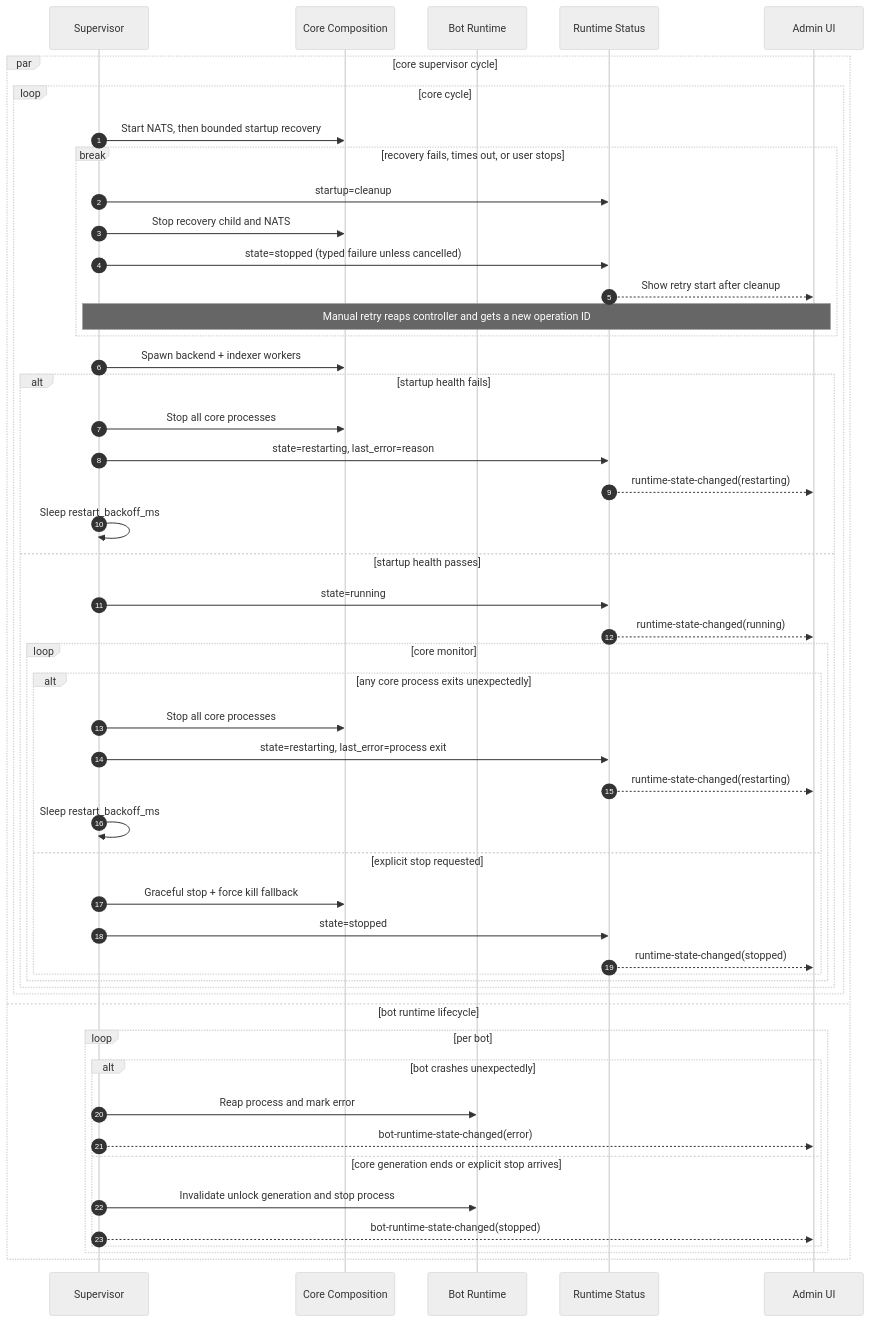
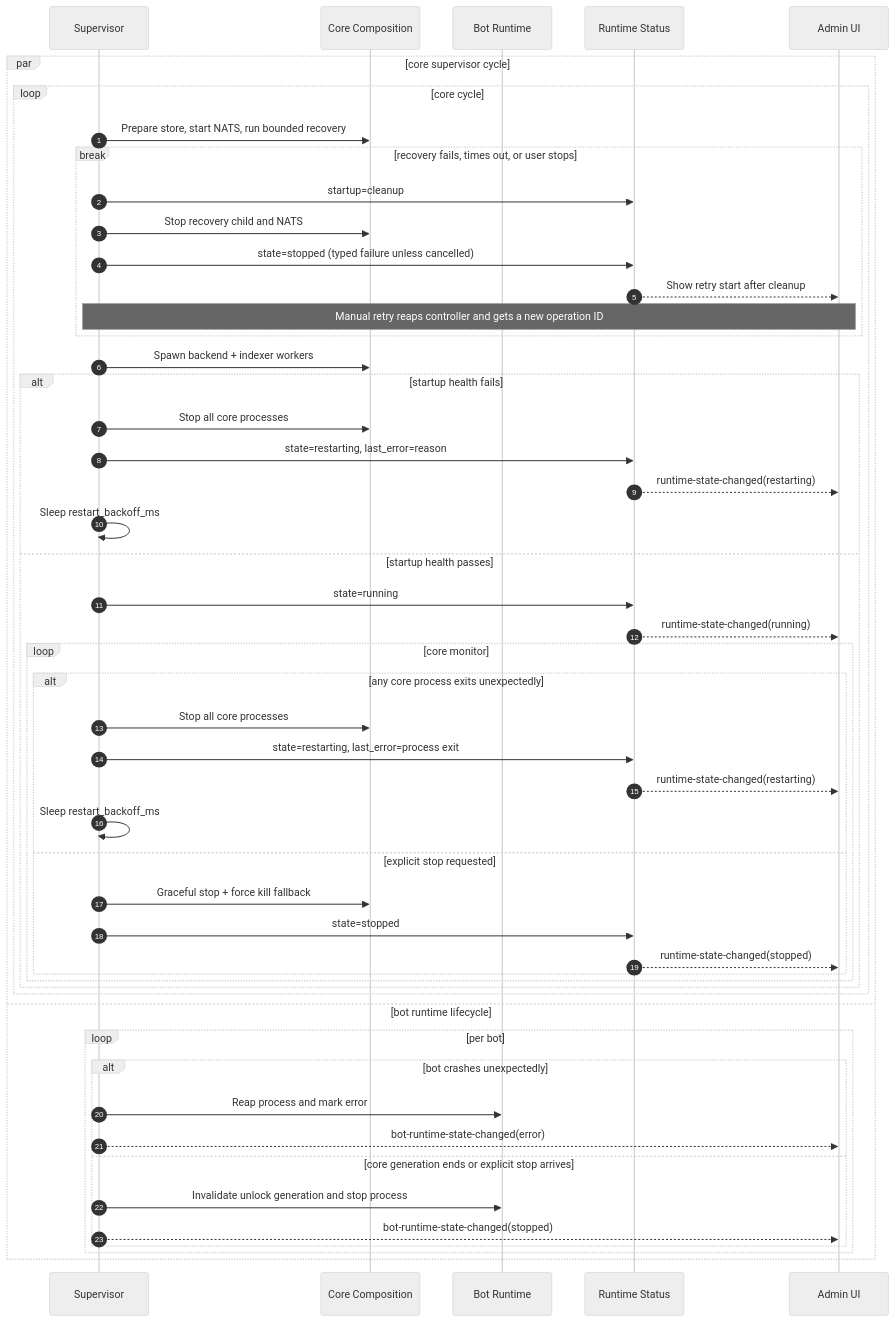
The diagram in docs/diagrams/02-desktop-failure-and-restart-loop.md (d347h-eth/artgod), drawn with Mermaid (neutral theme) before and after one commit. The commit also changed 7 other files, not shown here.

Commit message:
test(nats): verify startup preservation and disk reclamation

````diff
--- a/docs/diagrams/02-desktop-failure-and-restart-loop.md
+++ b/docs/diagrams/02-desktop-failure-and-restart-loop.md
@@ -6,55 +6,55 @@
 ```mermaid
 sequenceDiagram
     autonumber
     participant S as Supervisor
     participant C as Core Composition
     participant BT as Bot Runtime
     participant R as Runtime Status
     participant A as Admin UI
 
     par core supervisor cycle
         loop core cycle
-            S->>C: Start NATS, then bounded startup recovery
+            S->>C: Prepare store, start NATS, run bounded recovery
             break recovery fails, times out, or user stops
                 S->>R: startup=cleanup
                 S->>C: Stop recovery child and NATS
                 S->>R: state=stopped (typed failure unless cancelled)
                 R-->>A: Show retry start after cleanup
                 Note over S,A: Manual retry reaps controller and gets a new operation ID
             end
             S->>C: Spawn backend + indexer workers
             alt startup health fails
                 S->>C: Stop all core processes
                 S->>R: state=restarting, last_error=reason
                 R-->>A: runtime-state-changed(restarting)
                 S->>S: Sleep restart_backoff_ms
             else startup health passes
                 S->>R: state=running
                 R-->>A: runtime-state-changed(running)
 
                 loop core monitor
                     alt any core process exits unexpectedly
                         S->>C: Stop all core processes
                         S->>R: state=restarting, last_error=process exit
                         R-->>A: runtime-state-changed(restarting)
                         S->>S: Sleep restart_backoff_ms
                     else explicit stop requested
                         S->>C: Graceful stop + force kill fallback
                         S->>R: state=stopped
                         R-->>A: runtime-state-changed(stopped)
                     end
                 end
             end
         end
     and bot runtime lifecycle
         loop per bot
             alt bot crashes unexpectedly
                 S->>BT: Reap process and mark error
                 S-->>A: bot-runtime-state-changed(error)
             else core generation ends or explicit stop arrives
                 S->>BT: Invalidate unlock generation and stop process
                 S-->>A: bot-runtime-state-changed(stopped)
             end
         end
     end
 ```
````
